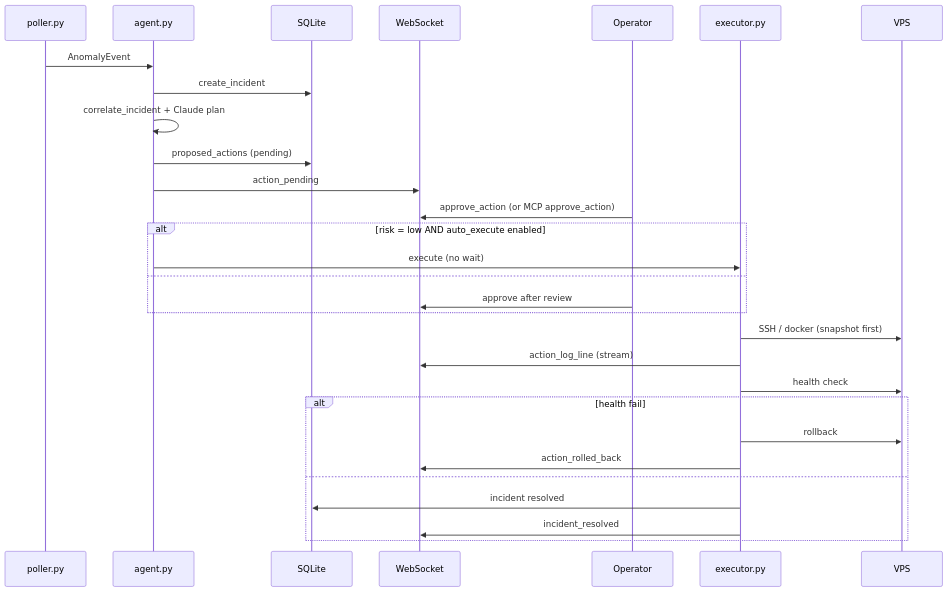
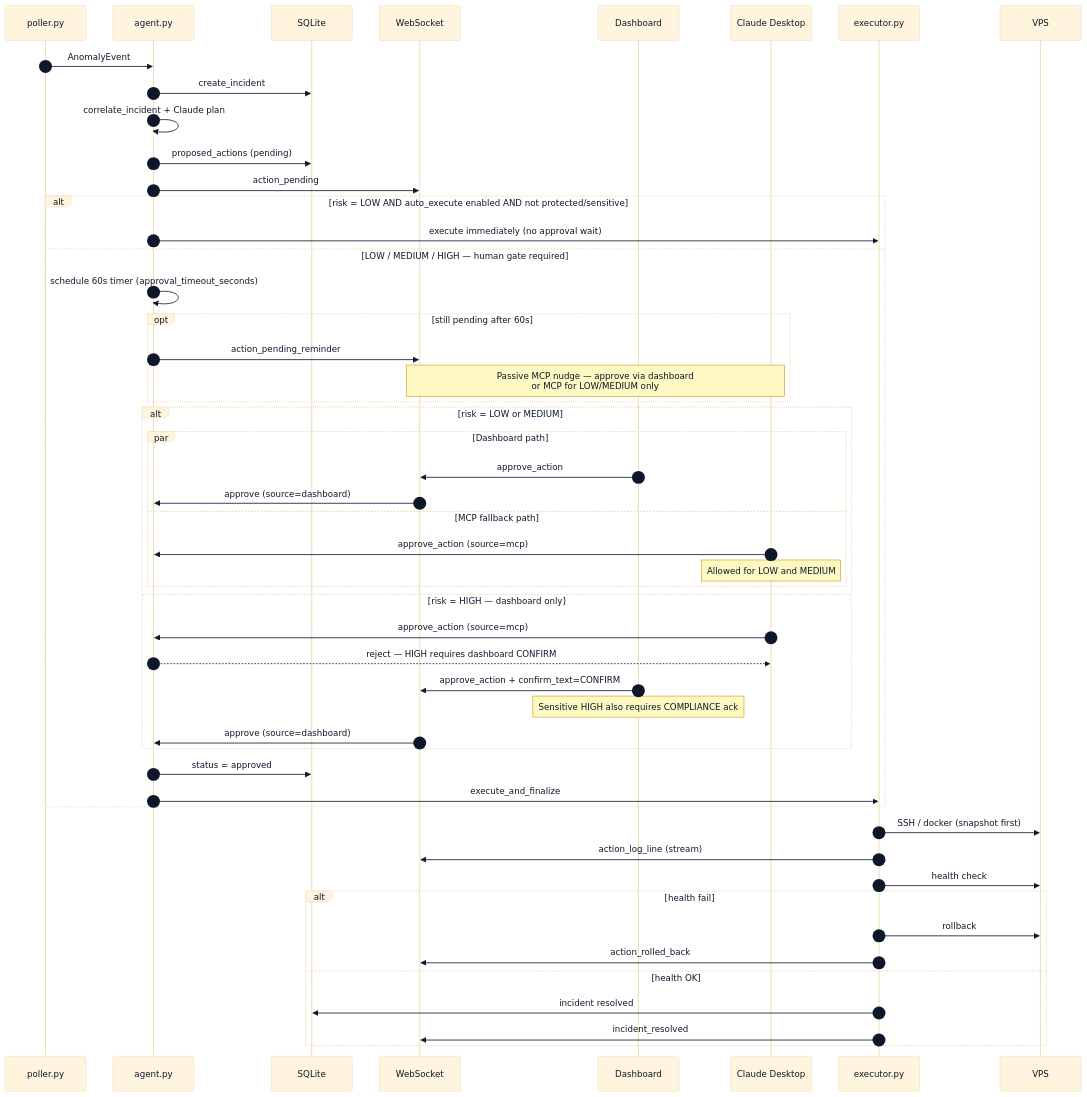
One commit to NevilPatel01/devops-mcp changed the ninth of 12 diagrams in README.md. Above: the diagram before and after it, drawn with Mermaid. The commit also changed other lines of this file and 34 other files, not shown here.

````diff
--- a/README.md
+++ b/README.md
@@ -368,32 +543,60 @@
 ```mermaid
+%%{init: {'theme':'base', 'themeVariables': {'primaryTextColor':'#0f172a','actorTextColor':'#0f172a','signalTextColor':'#0f172a','labelTextColor':'#0f172a','loopTextColor':'#0f172a','noteTextColor':'#0f172a','noteBkgColor':'#fef9c3','noteBorderColor':'#ca8a04','activationBorderColor':'#475569','activationBkgColor':'#e2e8f0','sequenceNumberColor':'#0f172a'}}}%%
 sequenceDiagram
+  autonumber
   participant P as poller.py
   participant A as agent.py
   participant DB as SQLite
   participant WS as WebSocket
-  participant Op as Operator
+  participant UI as Dashboard
+  participant MCP as Claude Desktop
   participant E as executor.py
   participant VPS as VPS
 
   P->>A: AnomalyEvent
   A->>DB: create_incident
   A->>A: correlate_incident + Claude plan
   A->>DB: proposed_actions (pending)
   A->>WS: action_pending
-  Op->>WS: approve_action (or MCP approve_action)
-  alt risk = low AND auto_execute enabled
-    A->>E: execute (no wait)
-  else
-    Op->>WS: approve after review
+
+  alt risk = LOW AND auto_execute enabled AND not protected/sensitive
+    A->>E: execute immediately (no approval wait)
+  else LOW / MEDIUM / HIGH — human gate required
+    A->>A: schedule 60s timer (approval_timeout_seconds)
+
+    opt still pending after 60s
+      A->>WS: action_pending_reminder
+      Note over WS,MCP: Passive MCP nudge — approve via dashboard<br/>or MCP for LOW/MEDIUM only
+    end
+
+    alt risk = LOW or MEDIUM
+      par Dashboard path
+        UI->>WS: approve_action
+        WS->>A: approve (source=dashboard)
+      and MCP fallback path
+        MCP->>A: approve_action (source=mcp)
+        Note over MCP: Allowed for LOW and MEDIUM
+      end
+    else risk = HIGH — dashboard only
+      MCP->>A: approve_action (source=mcp)
+      A-->>MCP: reject — HIGH requires dashboard CONFIRM
+      UI->>WS: approve_action + confirm_text=CONFIRM
+      Note over UI: Sensitive HIGH also requires COMPLIANCE ack
+      WS->>A: approve (source=dashboard)
+    end
+
+    A->>DB: status = approved
+    A->>E: execute_and_finalize
   end
+
   E->>VPS: SSH / docker (snapshot first)
   E->>WS: action_log_line (stream)
   E->>VPS: health check
   alt health fail
     E->>VPS: rollback
     E->>WS: action_rolled_back
-  else
+  else health OK
     E->>DB: incident resolved
     E->>WS: incident_resolved
   end
 ```
````
